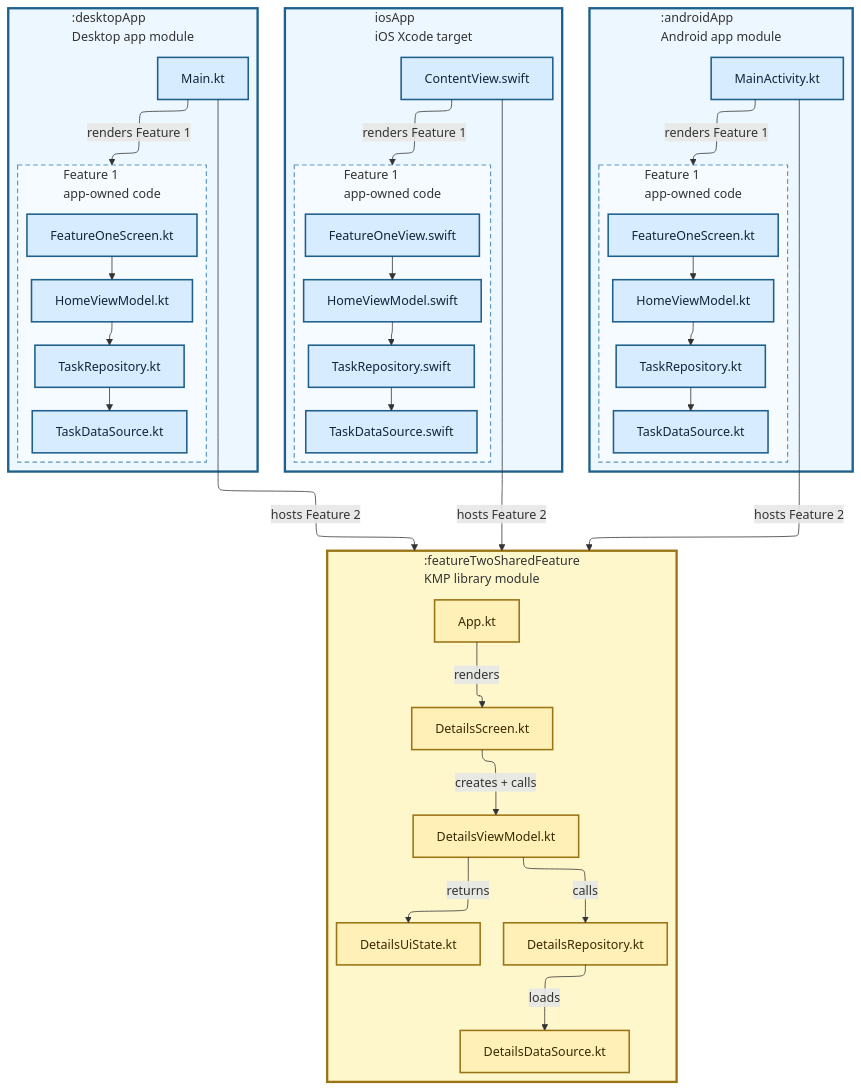
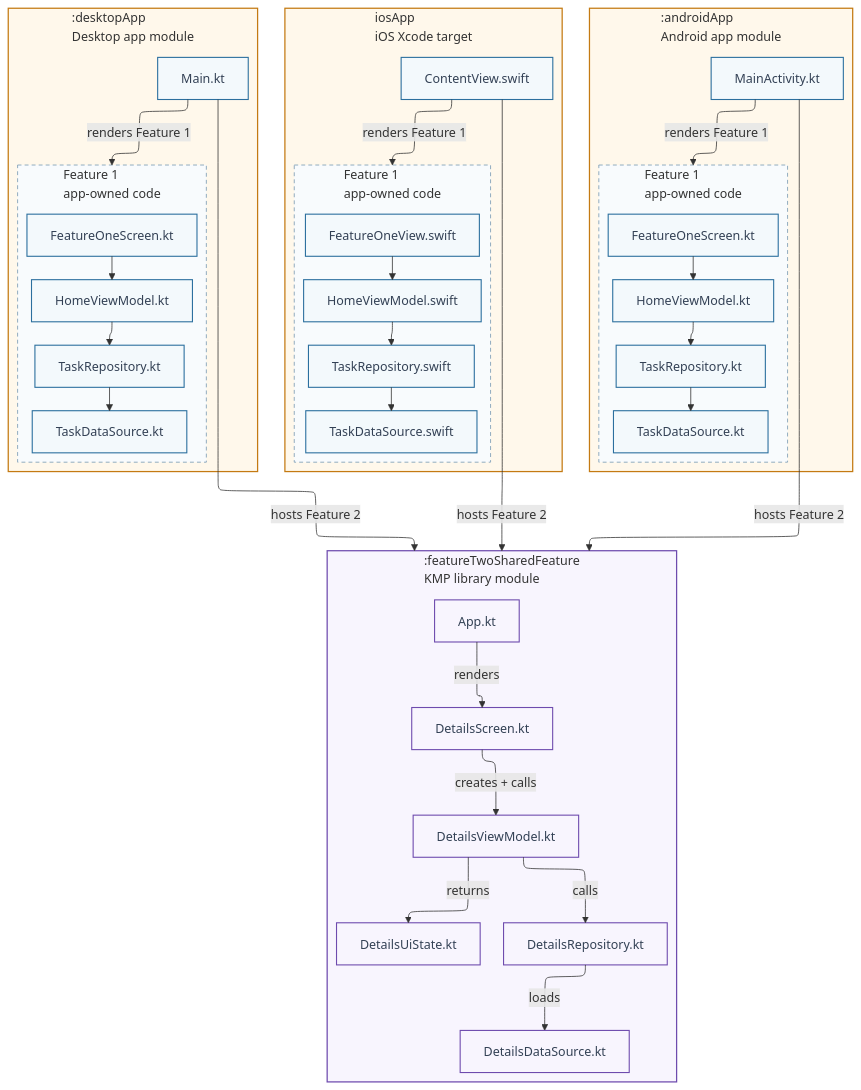
The diagram in diagrams/14-modular-kmp-shared-feature.md (TheSetox/kmp-sample-diagrams), drawn with Mermaid before and after one commit. The commit also changed 42 other files, not shown here.

Commit message:
Redesign Mermaid architecture diagrams

````diff
--- a/diagrams/14-modular-kmp-shared-feature.md
+++ b/diagrams/14-modular-kmp-shared-feature.md
@@ -5,81 +5,81 @@
 ```mermaid
 ---
 config:
   layout: elk
   elk:
     nodePlacementStrategy: LINEAR_SEGMENTS
 ---
 flowchart TB
   subgraph Android[":androidApp\nAndroid app module"]
     direction TB
     AEntry["MainActivity.kt"]
     subgraph AFeatureOne["Feature 1\napp-owned code"]
       direction TB
       AHomeUI["FeatureOneScreen.kt"]
       AHomeVM["HomeViewModel.kt"]
       ATaskRepository["TaskRepository.kt"]
       ATaskDataSource["TaskDataSource.kt"]
       AHomeUI --> AHomeVM --> ATaskRepository --> ATaskDataSource
     end
     AEntry -->|"renders Feature 1"| AFeatureOne
   end
 
   subgraph IOS["iosApp\niOS Xcode target"]
     direction TB
     IEntry["ContentView.swift"]
     subgraph IFeatureOne["Feature 1\napp-owned code"]
       direction TB
       IHomeUI["FeatureOneView.swift"]
       IHomeVM["HomeViewModel.swift"]
       ITaskRepository["TaskRepository.swift"]
       ITaskDataSource["TaskDataSource.swift"]
       IHomeUI --> IHomeVM --> ITaskRepository --> ITaskDataSource
     end
     IEntry -->|"renders Feature 1"| IFeatureOne
   end
 
   subgraph Desktop[":desktopApp\nDesktop app module"]
     direction TB
     DEntry["Main.kt"]
     subgraph DFeatureOne["Feature 1\napp-owned code"]
       direction TB
       DHomeUI["FeatureOneScreen.kt"]
       DHomeVM["HomeViewModel.kt"]
       DTaskRepository["TaskRepository.kt"]
       DTaskDataSource["TaskDataSource.kt"]
       DHomeUI --> DHomeVM --> DTaskRepository --> DTaskDataSource
     end
     DEntry -->|"renders Feature 1"| DFeatureOne
   end
 
   subgraph KMP[":featureTwoSharedFeature\nKMP library module"]
     direction TB
     App["App.kt"]
     Screen["DetailsScreen.kt"]
     State["DetailsUiState.kt"]
     VM["DetailsViewModel.kt"]
     Repository["DetailsRepository.kt"]
     DataSource["DetailsDataSource.kt"]
     App -->|"renders"| Screen
     Screen -->|"creates + calls"| VM
     VM -->|"calls"| Repository
     Repository -->|"loads"| DataSource
     VM -->|"returns"| State
   end
 
   DEntry -->|"hosts Feature 2"| KMP
   IEntry -->|"hosts Feature 2"| KMP
   AEntry -->|"hosts Feature 2"| KMP
 
-  classDef app fill:#d8ecff,stroke:#1f5f8b,color:#0f2738,stroke-width:2px;
-  classDef kmp fill:#fff0b8,stroke:#9b7415,color:#3b2a00,stroke-width:2px;
+  classDef app fill:#f3f9fc,stroke:#2b6f9e,color:#334155,stroke-width:1.4px;
+  classDef kmp fill:#f8f5fe,stroke:#6e4bae,color:#334155,stroke-width:1.4px;
   class AEntry,AHomeUI,AHomeVM,ATaskRepository,ATaskDataSource,IEntry,IHomeUI,IHomeVM,ITaskRepository,ITaskDataSource,DEntry,DHomeUI,DHomeVM,DTaskRepository,DTaskDataSource app;
   class App,Screen,State,VM,Repository,DataSource kmp;
-  style Android fill:#edf7ff,stroke:#1f5f8b,stroke-width:3px
-  style IOS fill:#edf7ff,stroke:#1f5f8b,stroke-width:3px
-  style Desktop fill:#edf7ff,stroke:#1f5f8b,stroke-width:3px
-  style AFeatureOne fill:#f6fbff,stroke:#5f97bd,stroke-width:1.5px,stroke-dasharray:6 4
-  style IFeatureOne fill:#f6fbff,stroke:#5f97bd,stroke-width:1.5px,stroke-dasharray:6 4
-  style DFeatureOne fill:#f6fbff,stroke:#5f97bd,stroke-width:1.5px,stroke-dasharray:6 4
-  style KMP fill:#fff7cc,stroke:#9b7415,stroke-width:3px
+  style Android fill:#fff8eb,stroke:#c47a12,stroke-width:1.6px
+  style IOS fill:#fff8eb,stroke:#c47a12,stroke-width:1.6px
+  style Desktop fill:#fff8eb,stroke:#c47a12,stroke-width:1.6px
+  style AFeatureOne fill:#f8fbfd,stroke:#8aa7bc,stroke-width:1.2px,stroke-dasharray:5 4
+  style IFeatureOne fill:#f8fbfd,stroke:#8aa7bc,stroke-width:1.2px,stroke-dasharray:5 4
+  style DFeatureOne fill:#f8fbfd,stroke:#8aa7bc,stroke-width:1.2px,stroke-dasharray:5 4
+  style KMP fill:#f8f5fe,stroke:#6e4bae,stroke-width:1.6px
 ```
````
